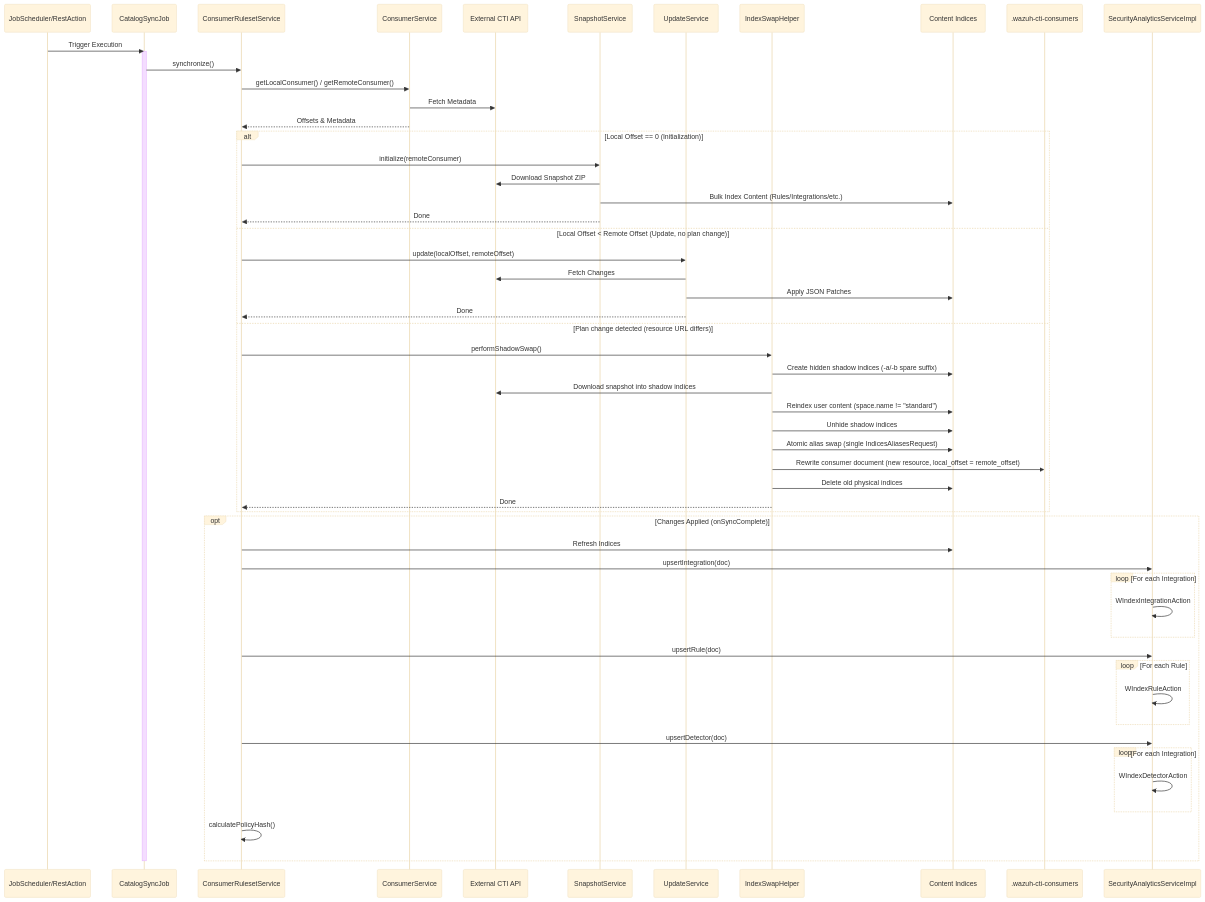
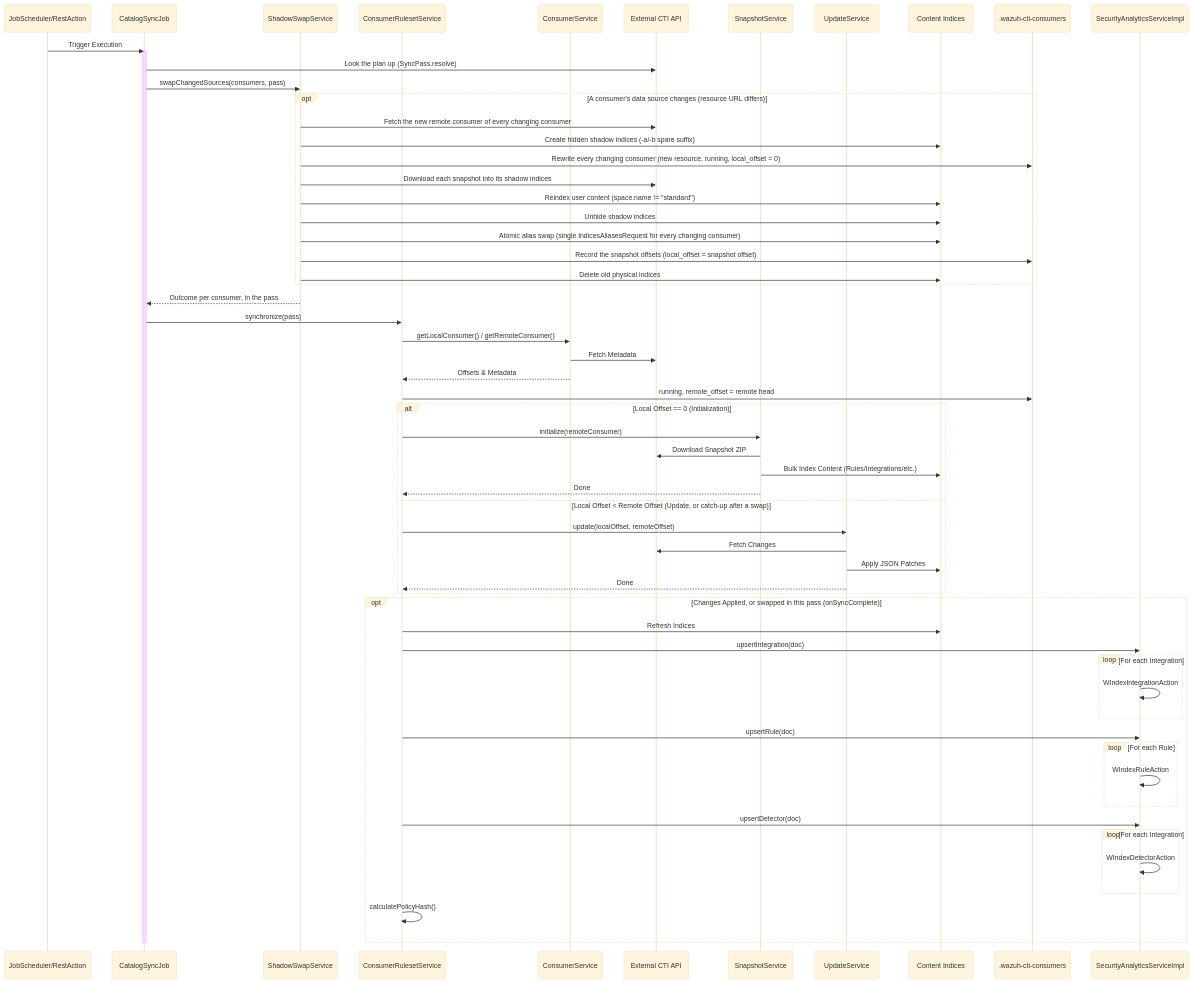
Before and after one commit to wazuh/wazuh-indexer-plugins: the third of 12 diagrams in docs/dev/plugins/content-manager.md, drawn with Mermaid (base theme). The commit also changed other lines of this file and 21 other files, not shown here.

Commit message:
Swap CTI consumers in one atomic operation

````diff
--- a/docs/dev/plugins/content-manager.md
+++ b/docs/dev/plugins/content-manager.md
@@ -587,68 +597,75 @@
 ```mermaid
 sequenceDiagram
     participant Scheduler as JobScheduler/RestAction
     participant SyncJob as CatalogSyncJob
+    participant Swap as ShadowSwapService
     participant Synchronizer as ConsumerRulesetService
     participant ConsumerSvc as ConsumerService
     participant CTI as External CTI API
     participant Snapshot as SnapshotService
     participant Update as UpdateService
-    participant Swap as IndexSwapHelper
     participant Indices as Content Indices
     participant Consumers as .wazuh-cti-consumers
     participant SA as SecurityAnalyticsServiceImpl
 
     Scheduler->>SyncJob: Trigger Execution
     activate SyncJob
 
-    SyncJob->>Synchronizer: synchronize()
+    SyncJob->>CTI: Look the plan up (SyncPass.resolve)
+
+    SyncJob->>Swap: swapChangedSources(consumers, pass)
+    opt A consumer's data source changes (resource URL differs)
+        Swap->>CTI: Fetch the new remote consumer of every changing consumer
+        Swap->>Indices: Create hidden shadow indices (-a/-b spare suffix)
+        Swap->>Consumers: Rewrite every changing consumer (new resource, running, local_offset = 0)
+        Swap->>CTI: Download each snapshot into its shadow indices
+        Swap->>Indices: Reindex user content (space.name != "standard")
+        Swap->>Indices: Unhide shadow indices
+        Swap->>Indices: Atomic alias swap (single IndicesAliasesRequest for every changing consumer)
+        Swap->>Consumers: Record the snapshot offsets (local_offset = snapshot offset)
+        Swap->>Indices: Delete old physical indices
+    end
+    Swap-->>SyncJob: Outcome per consumer, in the pass
+
+    SyncJob->>Synchronizer: synchronize(pass)
 
     Synchronizer->>ConsumerSvc: getLocalConsumer() / getRemoteConsumer()
     ConsumerSvc->>CTI: Fetch Metadata
     ConsumerSvc-->>Synchronizer: Offsets & Metadata
+    Synchronizer->>Consumers: running, remote_offset = remote head
 
     alt Local Offset == 0 (Initialization)
         Synchronizer->>Snapshot: initialize(remoteConsumer)
         Snapshot->>CTI: Download Snapshot ZIP
         Snapshot->>Indices: Bulk Index Content (Rules/Integrations/etc.)
         Snapshot-->>Synchronizer: Done
-    else Local Offset < Remote Offset (Update, no plan change)
+    else Local Offset < Remote Offset (Update, or catch-up after a swap)
         Synchronizer->>Update: update(localOffset, remoteOffset)
         Update->>CTI: Fetch Changes
         Update->>Indices: Apply JSON Patches
         Update-->>Synchronizer: Done
-    else Plan change detected (resource URL differs)
-        Synchronizer->>Swap: performShadowSwap()
-        Swap->>Indices: Create hidden shadow indices (-a/-b spare suffix)
-        Swap->>CTI: Download snapshot into shadow indices
-        Swap->>Indices: Reindex user content (space.name != "standard")
-        Swap->>Indices: Unhide shadow indices
-        Swap->>Indices: Atomic alias swap (single IndicesAliasesRequest)
-        Swap->>Consumers: Rewrite consumer document (new resource, local_offset = remote_offset)
-        Swap->>Indices: Delete old physical indices
-        Swap-->>Synchronizer: Done
     end
 
-    opt Changes Applied (onSyncComplete)
+    opt Changes Applied, or swapped in this pass (onSyncComplete)
         Synchronizer->>Indices: Refresh Indices
 
         Synchronizer->>SA: upsertIntegration(doc)
         loop For each Integration
             SA->>SA: WIndexIntegrationAction
         end
 
         Synchronizer->>SA: upsertRule(doc)
         loop For each Rule
             SA->>SA: WIndexRuleAction
         end
 
         Synchronizer->>SA: upsertDetector(doc)
         loop For each Integration
             SA->>SA: WIndexDetectorAction
         end
 
         Synchronizer->>Synchronizer: calculatePolicyHash()
     end
 
     deactivate SyncJob
 ```
````
